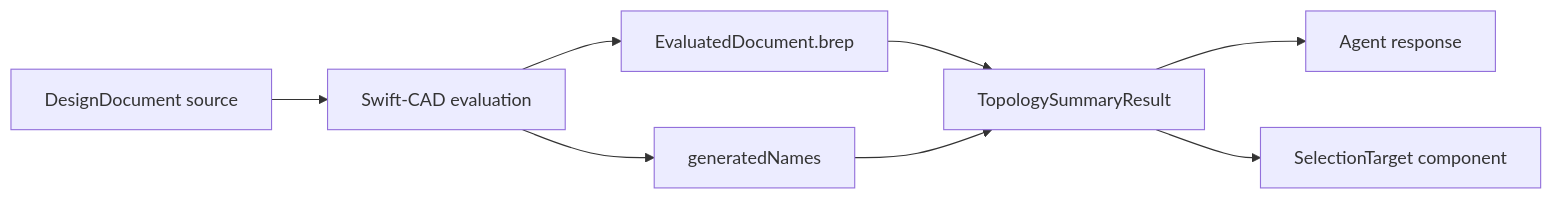
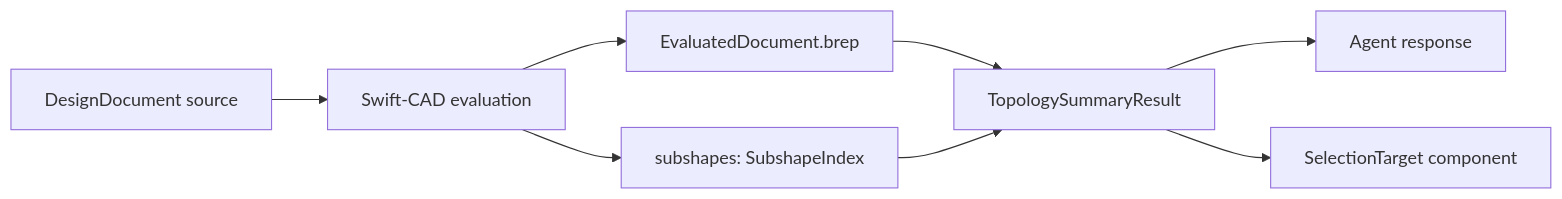
Before and after one commit to 1amageek/Rupa: diagram 13 of 26 in Rupa/SPEC.md, drawn with Mermaid. The commit also changed other lines of this file and 234 other files, not shown here.

````diff
--- a/Rupa/SPEC.md
+++ b/Rupa/SPEC.md
@@ -715,10 +715,10 @@
 ```mermaid
 flowchart LR
     Source["DesignDocument source"] --> Evaluate["Swift-CAD evaluation"]
     Evaluate --> BRep["EvaluatedDocument.brep"]
-    Evaluate --> Names["generatedNames"]
+    Evaluate --> Names["subshapes: SubshapeIndex"]
     BRep --> Summary["TopologySummaryResult"]
     Names --> Summary
     Summary --> Agent["Agent response"]
     Summary --> Selection["SelectionTarget component"]
 ```
````
